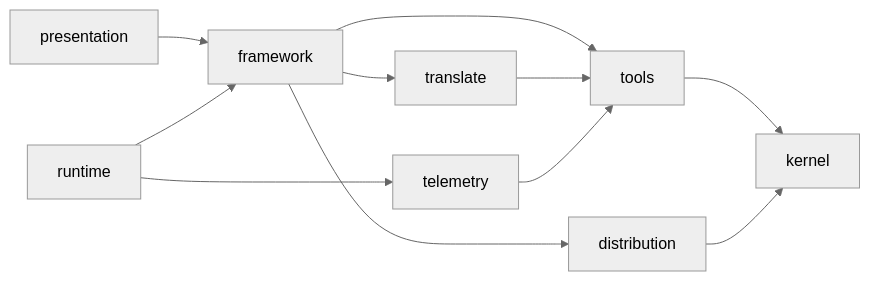
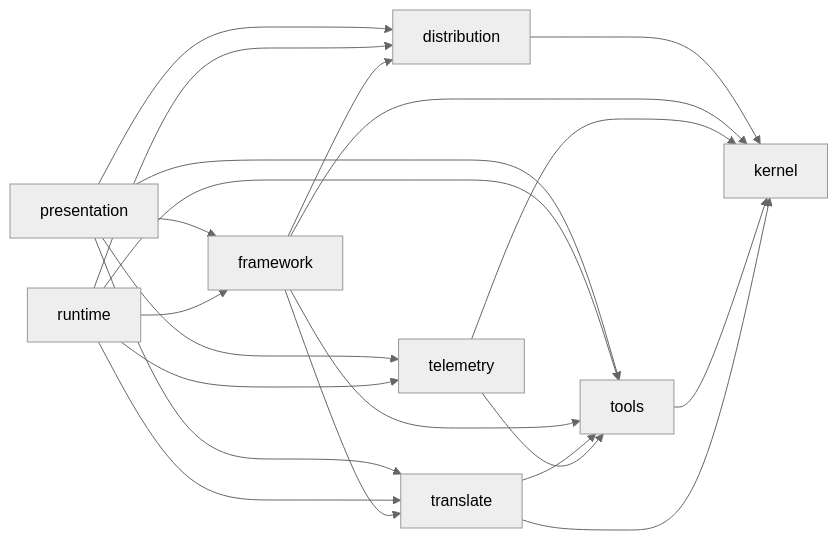
One commit to ai-driven-dev/aidd-framework changed the diagram in cli/aidd_docs/memory/architecture.md. Above: the diagram before and after it, drawn with Mermaid (neutral theme). The commit also changed other lines of this file and 23 other files, not shown here.

````diff
--- a/cli/aidd_docs/memory/architecture.md
+++ b/cli/aidd_docs/memory/architecture.md
@@ -13,13 +20,23 @@
 ```mermaid
 flowchart LR
-    Presentation["presentation"] --> Framework["framework"]
-    Framework --> Translate["translate"]
-    Framework --> Distribution["distribution"]
-    Framework --> Tools["tools"]
+    Presentation["presentation"] --> Distribution["distribution"]
+    Presentation --> Framework["framework"]
+    Presentation --> Telemetry["telemetry"]
+    Presentation --> Tools["tools"]
+    Presentation --> Translate["translate"]
+    Runtime["runtime"] --> Distribution
+    Runtime --> Framework
+    Runtime --> Telemetry
+    Runtime --> Tools
+    Runtime --> Translate
+    Framework --> Translate
+    Framework --> Distribution
+    Framework --> Tools
     Translate --> Tools
-    Telemetry["telemetry"] --> Tools
-    Tools --> Kernel["kernel"]
-    Distribution --> Kernel
-    Runtime["runtime"] --> Framework
-    Runtime --> Telemetry
+    Telemetry --> Tools
+    Distribution --> Kernel["kernel"]
+    Framework --> Kernel
+    Telemetry --> Kernel
+    Tools --> Kernel
+    Translate --> Kernel
 ```
````
